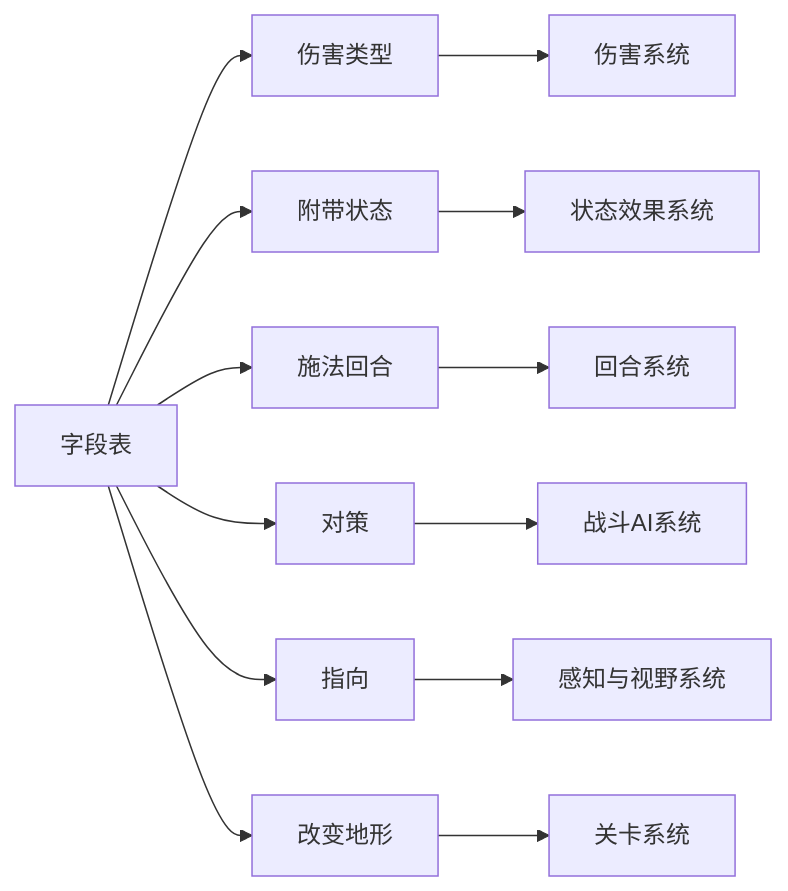
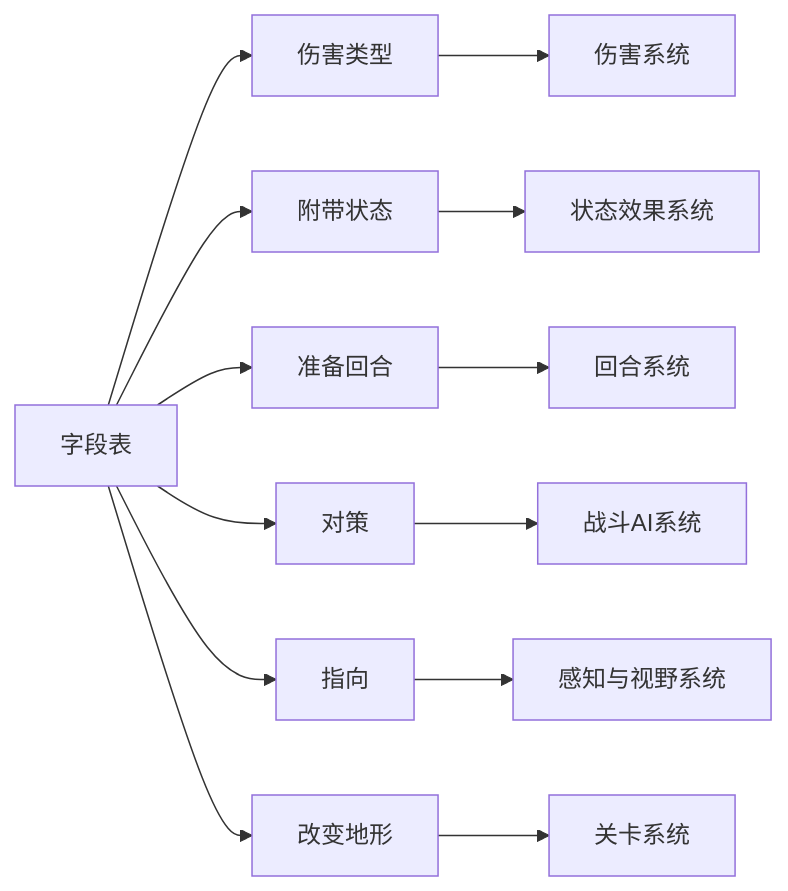
One commit to haohaoxuexiHAOHAO/Tinderhearth-The-Last-Class-Docs changed the diagram in design/技能系统.md. Above: the diagram before and after it, drawn with Mermaid. The commit also changed other lines of this file and 60 other files, not shown here.

````diff
--- a/design/技能系统.md
+++ b/design/技能系统.md
@@ -119,15 +123,15 @@
 ```mermaid
 flowchart LR
     字段表 --> 伤害类型
     字段表 --> 附带状态
-    字段表 --> 施法回合
+    字段表 --> 准备回合
     字段表 --> 对策
     字段表 --> 指向
     字段表 --> 改变地形
     伤害类型 --> 伤害系统
     附带状态 --> 状态效果系统
-    施法回合 --> 回合系统
+    准备回合 --> 回合系统
     对策 --> 战斗AI系统
     指向 --> 感知与视野系统
     改变地形 --> 关卡系统
 ```
````
